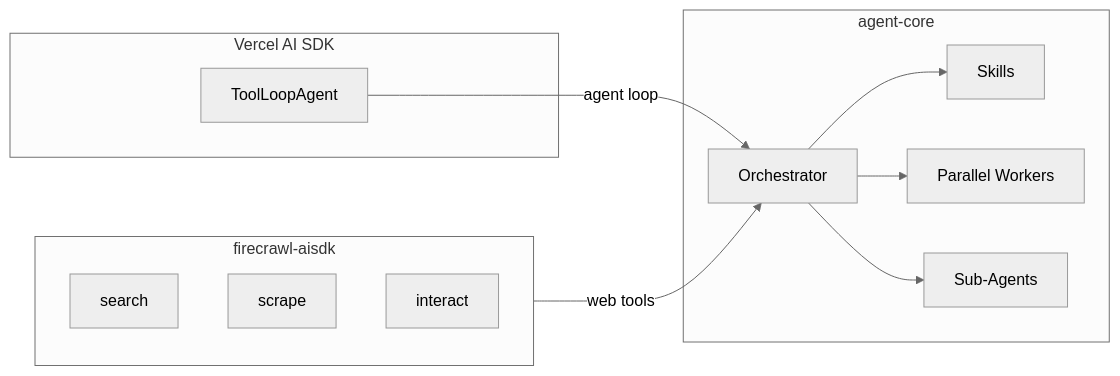
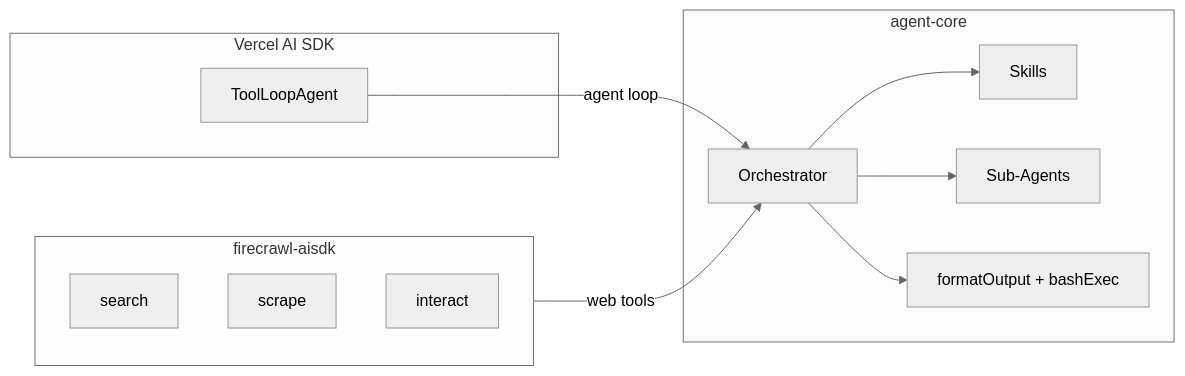
Before and after one commit to AliceBowRyhl/web-agent: the diagram in agent-core/README.md, drawn with Mermaid (neutral theme). The commit also changed other lines of this file, not shown here.

Commit message:
simplify architecture: merge workers + sub-agents into one concept

````diff
--- a/agent-core/README.md
+++ b/agent-core/README.md
@@ -9,25 +9,25 @@
 ```mermaid
 graph LR
     subgraph firecrawl-aisdk
         search
         scrape
         interact
     end
 
     subgraph "Vercel AI SDK"
         ToolLoopAgent
     end
 
     subgraph agent-core
         Orchestrator
         Skills
-        Workers["Parallel Workers"]
-        SubAgents["Sub-Agents"]
+        Agents["Sub-Agents"]
+        Output["formatOutput + bashExec"]
     end
 
     firecrawl-aisdk -- "web tools" --> Orchestrator
     ToolLoopAgent -- "agent loop" --> Orchestrator
     Orchestrator --> Skills
-    Orchestrator --> Workers
-    Orchestrator --> SubAgents
+    Orchestrator --> Agents
+    Orchestrator --> Output
 ```
````
